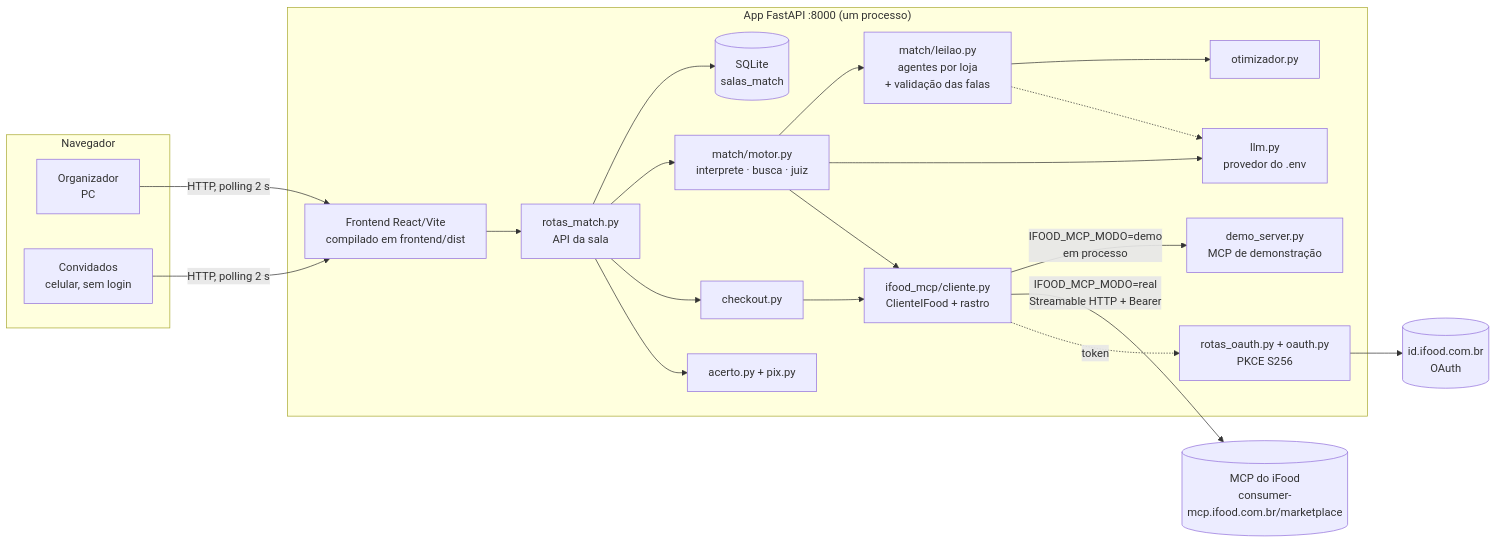
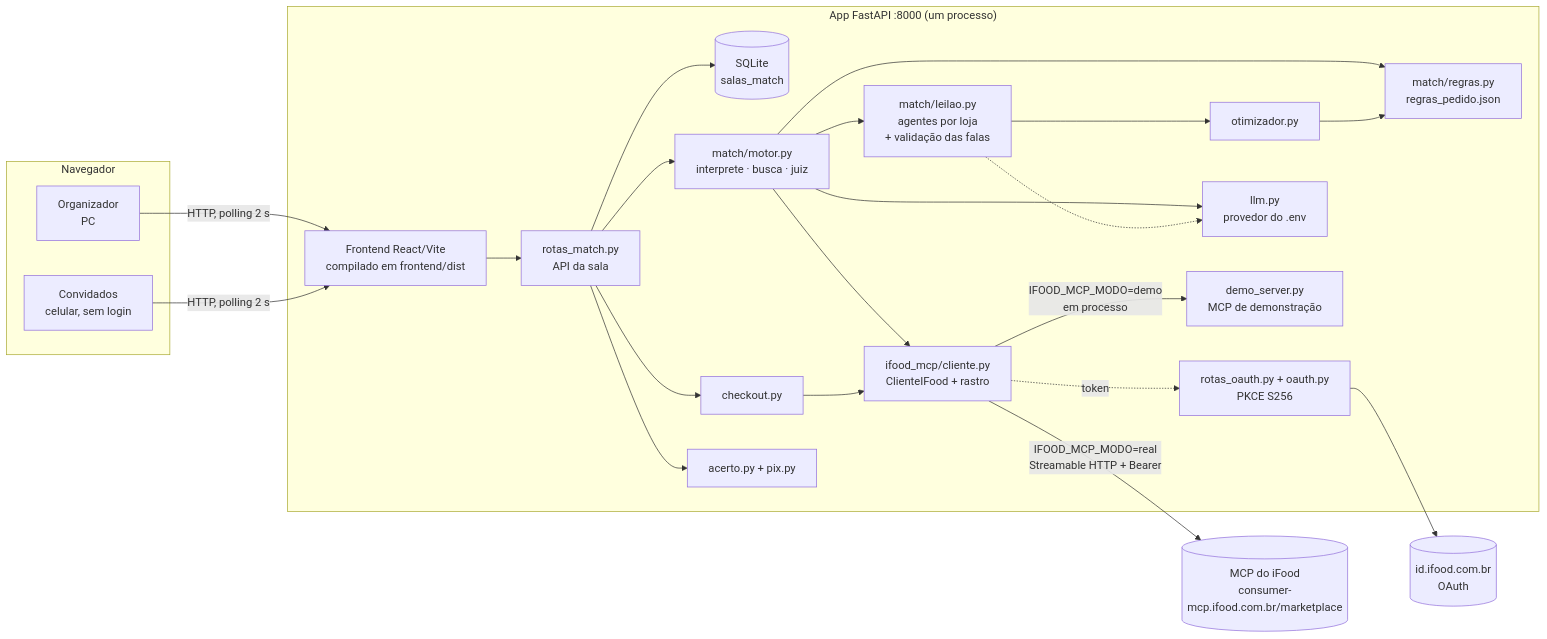
One commit to scorpion-bits/Hackaton-Ifood changed the first of 5 diagrams in docs/tecnico.md. Above: the diagram before and after it, drawn with Mermaid. The commit also changed other lines of this file and 5 other files, not shown here.

````diff
--- a/docs/tecnico.md
+++ b/docs/tecnico.md
@@ -26,37 +32,40 @@
 ```mermaid
 flowchart LR
   subgraph Navegador
     ORG[Organizador<br/>PC]
     CONV[Convidados<br/>celular, sem login]
   end
   subgraph App["App FastAPI :8000 (um processo)"]
     FRONT[Frontend React/Vite<br/>compilado em frontend/dist]
     API[rotas_match.py<br/>API da sala]
     OAUTH[rotas_oauth.py + oauth.py<br/>PKCE S256]
     SALA[(SQLite<br/>salas_match)]
     MOTOR[match/motor.py<br/>interprete · busca · juiz]
+    REGRAS[match/regras.py<br/>regras_pedido.json]
     LEILAO[match/leilao.py<br/>agentes por loja<br/>+ validação das falas]
     OTIM[otimizador.py]
     CHK[checkout.py]
     ACERTO[acerto.py + pix.py]
     LLM[llm.py<br/>provedor do .env]
     CLI[ifood_mcp/cliente.py<br/>ClienteIFood + rastro]
     DEMO[demo_server.py<br/>MCP de demonstração]
   end
   IFOOD[(MCP do iFood<br/>consumer-mcp.ifood.com.br/marketplace)]
   ID[(id.ifood.com.br<br/>OAuth)]
 
   ORG & CONV -->|HTTP, polling 2 s| FRONT --> API
   API --> SALA
   API --> MOTOR --> LEILAO --> OTIM
+  MOTOR --> REGRAS
+  OTIM --> REGRAS
   MOTOR --> LLM
   LEILAO -.-> LLM
   API --> CHK
   API --> ACERTO
   MOTOR --> CLI
   CHK --> CLI
   CLI -->|IFOOD_MCP_MODO=demo<br/>em processo| DEMO
   CLI -->|IFOOD_MCP_MODO=real<br/>Streamable HTTP + Bearer| IFOOD
   OAUTH --> ID
   CLI -.token.-> OAUTH
 ```
````
